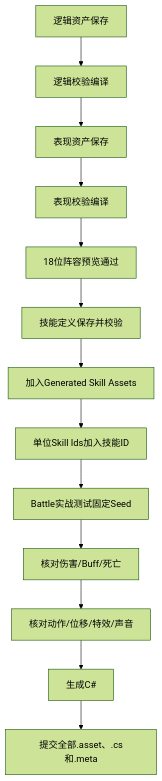
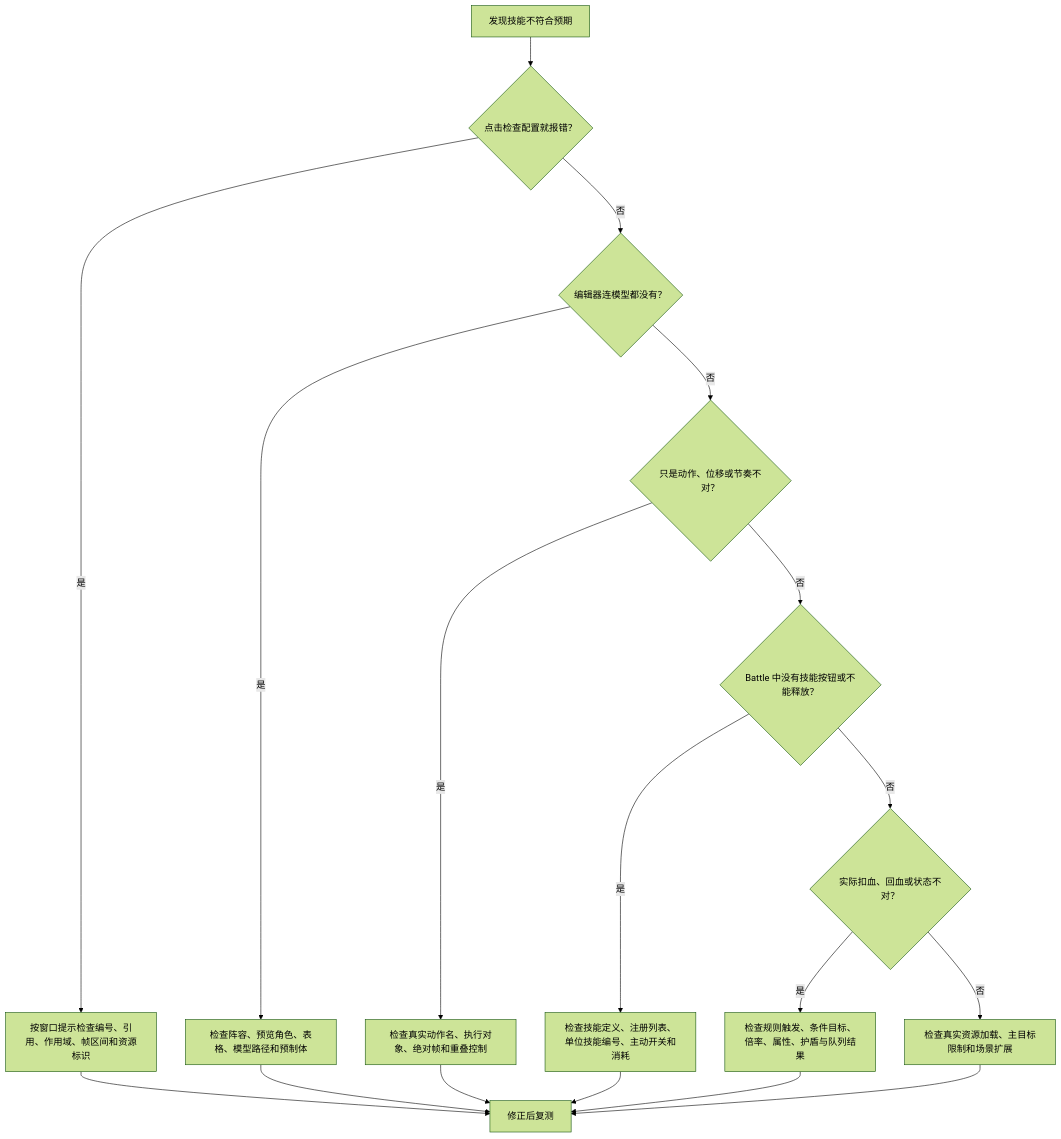
One commit to liuxiuyang0926-bit/LxyProject changed diagram 13 of 13 in Packages/LxyGame/LxyGame.Logic/Documentation~/TurnBasedSkillAuthoringGuide.md. Above: the diagram before and after it, drawn with Mermaid (forest theme). The commit also changed other lines of this file and 45 other files, not shown here.

````diff
--- a/Packages/LxyGame/LxyGame.Logic/Documentation~/TurnBasedSkillAuthoringGuide.md
+++ b/Packages/LxyGame/LxyGame.Logic/Documentation~/TurnBasedSkillAuthoringGuide.md
@@ -855,15 +1104,20 @@
-```mermaid
+~~~mermaid
 flowchart TD
-    A[逻辑资产保存] --> B[逻辑校验编译]
-    B --> C[表现资产保存]
-    C --> D[表现校验编译]
-    D --> E[18位阵容预览通过]
-    E --> F[技能定义保存并校验]
-    F --> G[加入Generated Skill Assets]
-    G --> H[单位Skill Ids加入技能ID]
-    H --> I[Battle实战测试固定Seed]
-    I --> J[核对伤害/Buff/死亡]
-    J --> K[核对动作/位移/特效/声音]
-    K --> L[生成C#]
-    L --> M[提交全部.asset、.cs和.meta]
-```
+    A["发现技能不符合预期"] --> B{"点击检查配置就报错？"}
+    B -- 是 --> C["按窗口提示检查编号、引用、作用域、帧区间和资源标识"]
+    B -- 否 --> D{"编辑器连模型都没有？"}
+    D -- 是 --> E["检查阵容、预览角色、表格、模型路径和预制体"]
+    D -- 否 --> F{"只是动作、位移或节奏不对？"}
+    F -- 是 --> G["检查真实动作名、执行对象、绝对帧和重叠控制"]
+    F -- 否 --> H{"Battle 中没有技能按钮或不能释放？"}
+    H -- 是 --> I["检查技能定义、注册列表、单位技能编号、主动开关和消耗"]
+    H -- 否 --> J{"实际扣血、回血或状态不对？"}
+    J -- 是 --> K["检查规则触发、条件目标、倍率、属性、护盾与队列结果"]
+    J -- 否 --> L["检查真实资源加载、主目标限制和场景扩展"]
+    C --> M["修正后复测"]
+    E --> M
+    G --> M
+    I --> M
+    K --> M
+    L --> M
+~~~
````
